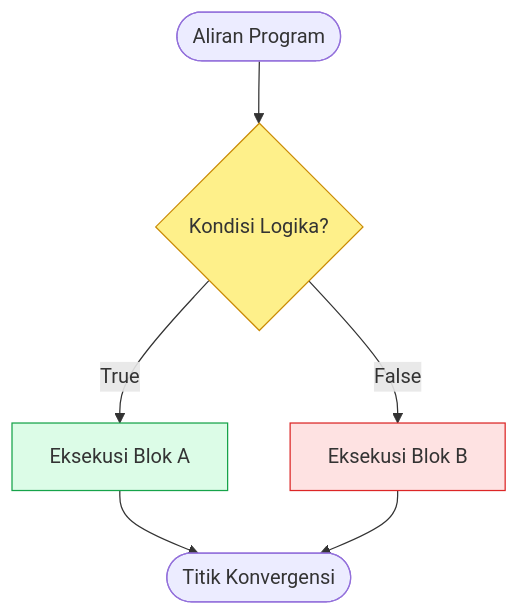
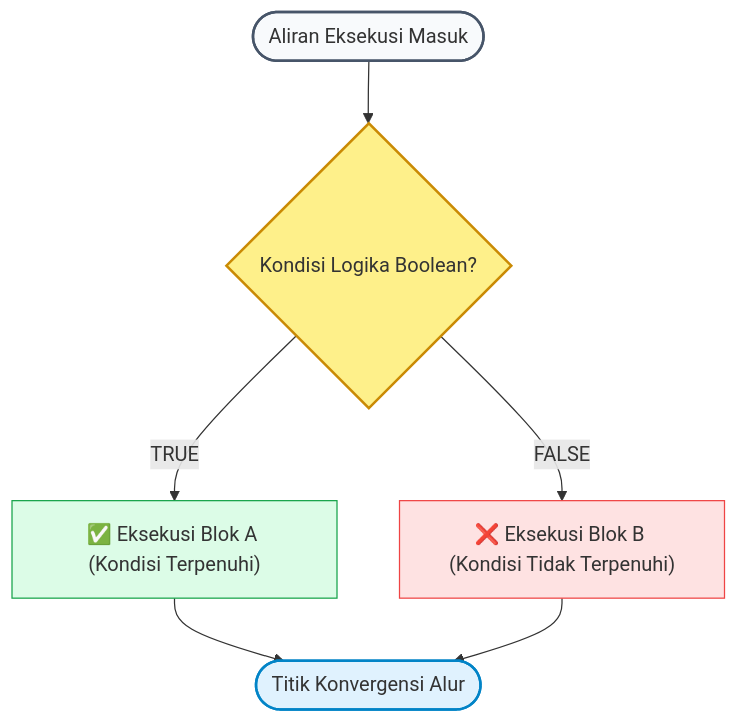
Before and after one commit to mahendaruui/Perkuliahan: the first of 3 diagrams in docs/algoritma-pemrograman/percabangan.md, drawn with Mermaid. The commit also changed other lines of this file and 12 other files, not shown here.

````diff
--- a/docs/algoritma-pemrograman/percabangan.md
+++ b/docs/algoritma-pemrograman/percabangan.md
@@ -15,11 +24,15 @@
 ```mermaid
 flowchart TD
-    Start([Aliran Program]) --> Cond{Kondisi Logika?}
-    Cond -- True --> ActionA[Eksekusi Blok A]
-    Cond -- False --> ActionB[Eksekusi Blok B]
-    ActionA --> Join([Titik Konvergensi])
+    Start([Aliran Eksekusi Masuk])
+    --> Cond{Kondisi Logika Boolean?}
+    Cond -- TRUE --> ActionA["✅ Eksekusi Blok A (Kondisi Terpenuhi)"]
+    Cond -- FALSE --> ActionB["❌ Eksekusi Blok B (Kondisi Tidak Terpenuhi)"]
+    ActionA --> Join([Titik Konvergensi Alur])
     ActionB --> Join
-    style Cond fill:#fef08a,stroke:#ca8a04
-    style ActionA fill:#dcfce7,stroke:#16a34a
-    style ActionB fill:#fee2e2,stroke:#dc2626
+
+    style Start fill:#f8fafc,stroke:#475569,stroke-width:2px
+    style Cond fill:#fef08a,stroke:#ca8a04,stroke-width:2px
+    style ActionA fill:#dcfce7,stroke:#16a34a,stroke-width:1px
+    style ActionB fill:#fee2e2,stroke:#ef4444,stroke-width:1px
+    style Join fill:#e0f2fe,stroke:#0284c7,stroke-width:2px
 ```
````
